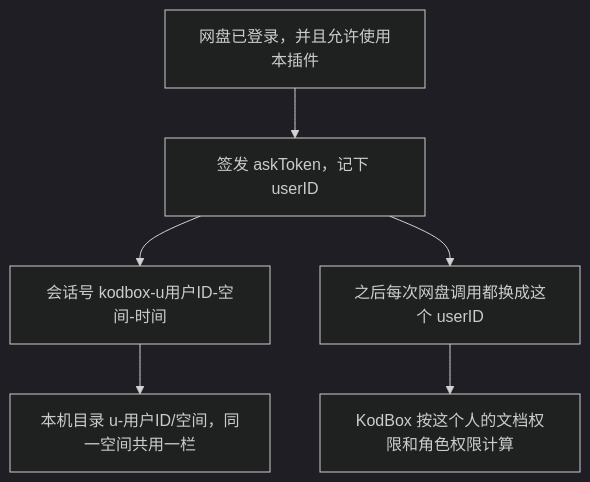
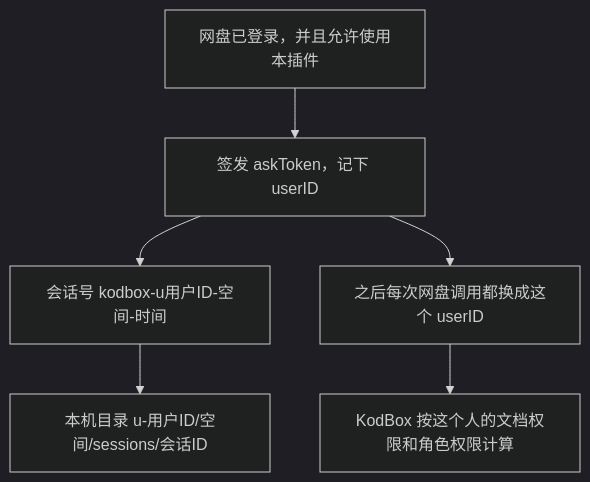
The first of 2 diagrams in docs/说明.md (d1ngx/dshAsk), drawn with Mermaid (dark theme) before and after one commit. The commit also changed other lines of this file and 21 other files, not shown here.

````diff
--- a/docs/说明.md
+++ b/docs/说明.md
@@ -21,8 +21,8 @@
 ```mermaid
 flowchart TD
   login["网盘已登录，并且允许使用本插件"] --> token["签发 askToken，记下 userID"]
   token --> session["会话号 kodbox-u用户ID-空间-时间"]
-  session --> disk["本机目录 u-用户ID/空间，同一空间共用一栏"]
+  session --> disk["本机目录 u-用户ID/空间/sessions/会话ID"]
   token --> cloud["之后每次网盘调用都换成这个 userID"]
   cloud --> acl["KodBox 按这个人的文档权限和角色权限计算"]
 ```
````
